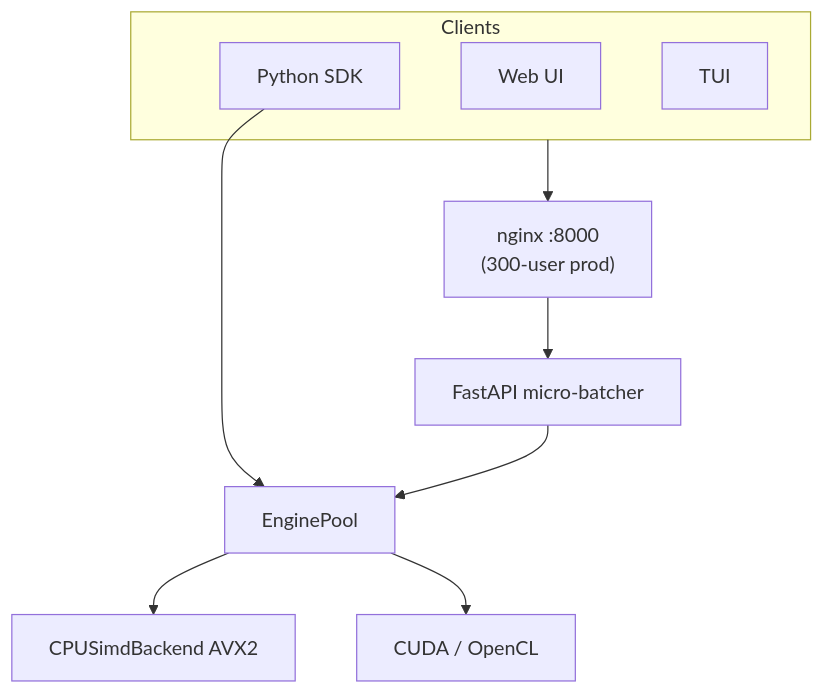
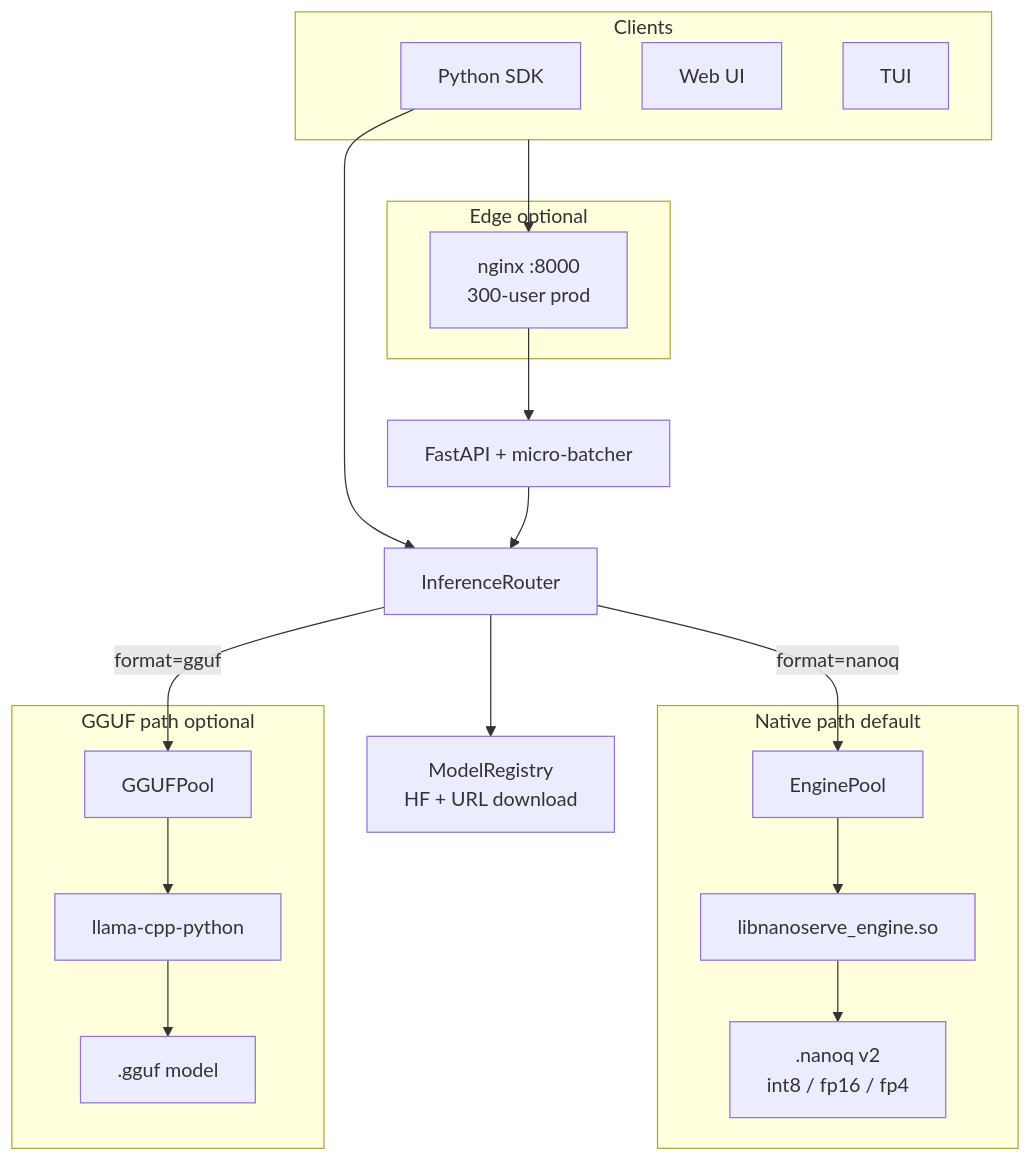
The first of 2 diagrams in README.md (Team-Auralis-Labs/NanoServe), drawn with Mermaid before and after one commit. The commit also changed other lines of this file and 1 other file, not shown here.

First line of the commit message:
Update README for v0.3 multi-model, GGUF, and Web UI.

````diff
--- a/README.md
+++ b/README.md
@@ -23,19 +67,39 @@
 ```mermaid
 flowchart TB
   subgraph clients [Clients]
     SDK["Python SDK"]
     Web["Web UI"]
     TUI["TUI"]
   end
-  LB["nginx :8000\n(300-user prod)"]
-  API["FastAPI micro-batcher"]
-  Pool["EnginePool"]
-  CPU["CPUSimdBackend AVX2"]
-  GPU["CUDA / OpenCL"]
+
+  subgraph edge [Edge optional]
+    LB["nginx :8000\n300-user prod"]
+  end
+
+  API["FastAPI + micro-batcher"]
+  Router["InferenceRouter"]
+
+  subgraph native [Native path default]
+    Pool["EnginePool"]
+    Cpp["libnanoserve_engine.so"]
+    NanoQ[".nanoq v2\nint8 / fp16 / fp4"]
+  end
+
+  subgraph gguf [GGUF path optional]
+    GPool["GGUFPool"]
+    Llama["llama-cpp-python"]
+    GGUF[".gguf model"]
+  end
+
+  Registry["ModelRegistry\nHF + URL download"]
+
   clients --> LB
   LB --> API
-  SDK --> Pool
-  API --> Pool
-  Pool --> CPU
-  Pool --> GPU
+  SDK --> Router
+  API --> Router
+  Router -->|"format=nanoq"| Pool
+  Router -->|"format=gguf"| GPool
+  Pool --> Cpp --> NanoQ
+  GPool --> Llama --> GGUF
+  Router --> Registry
 ```
````
